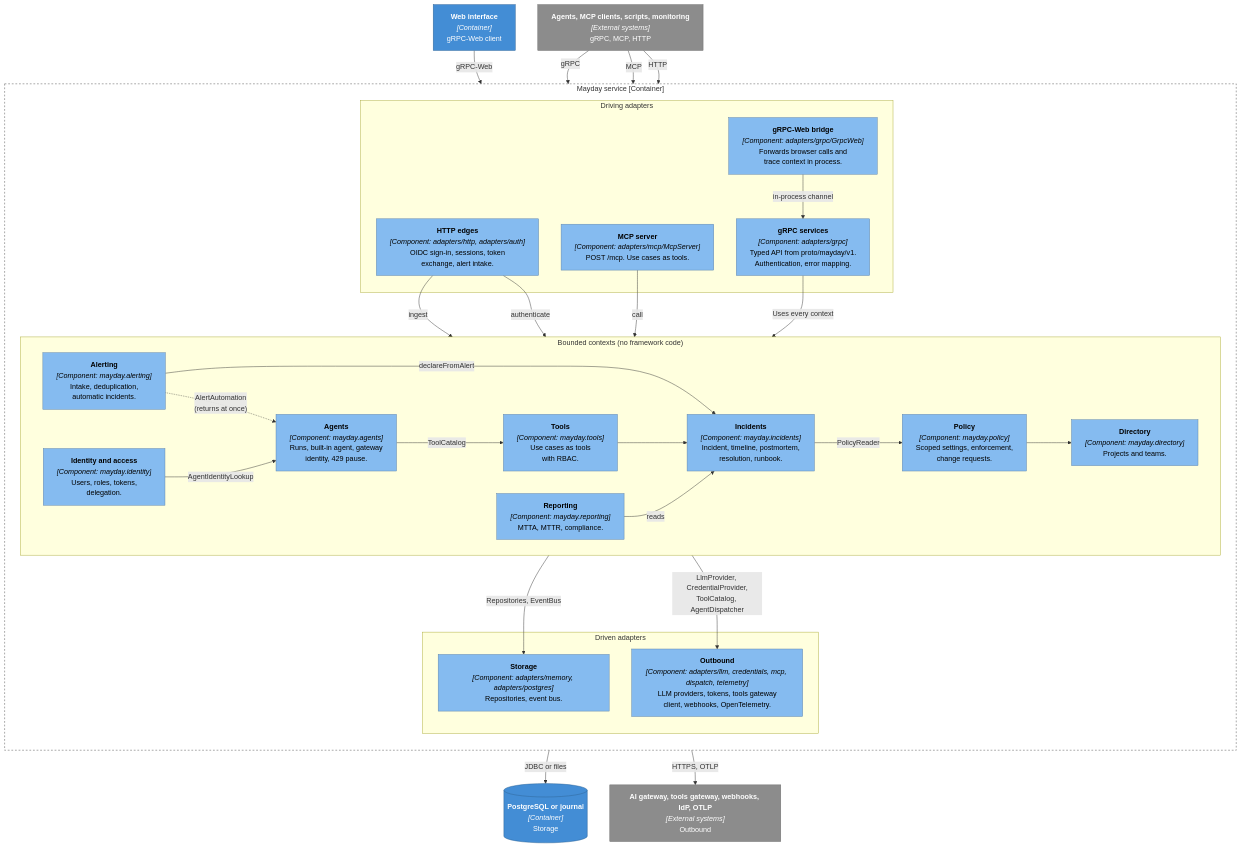
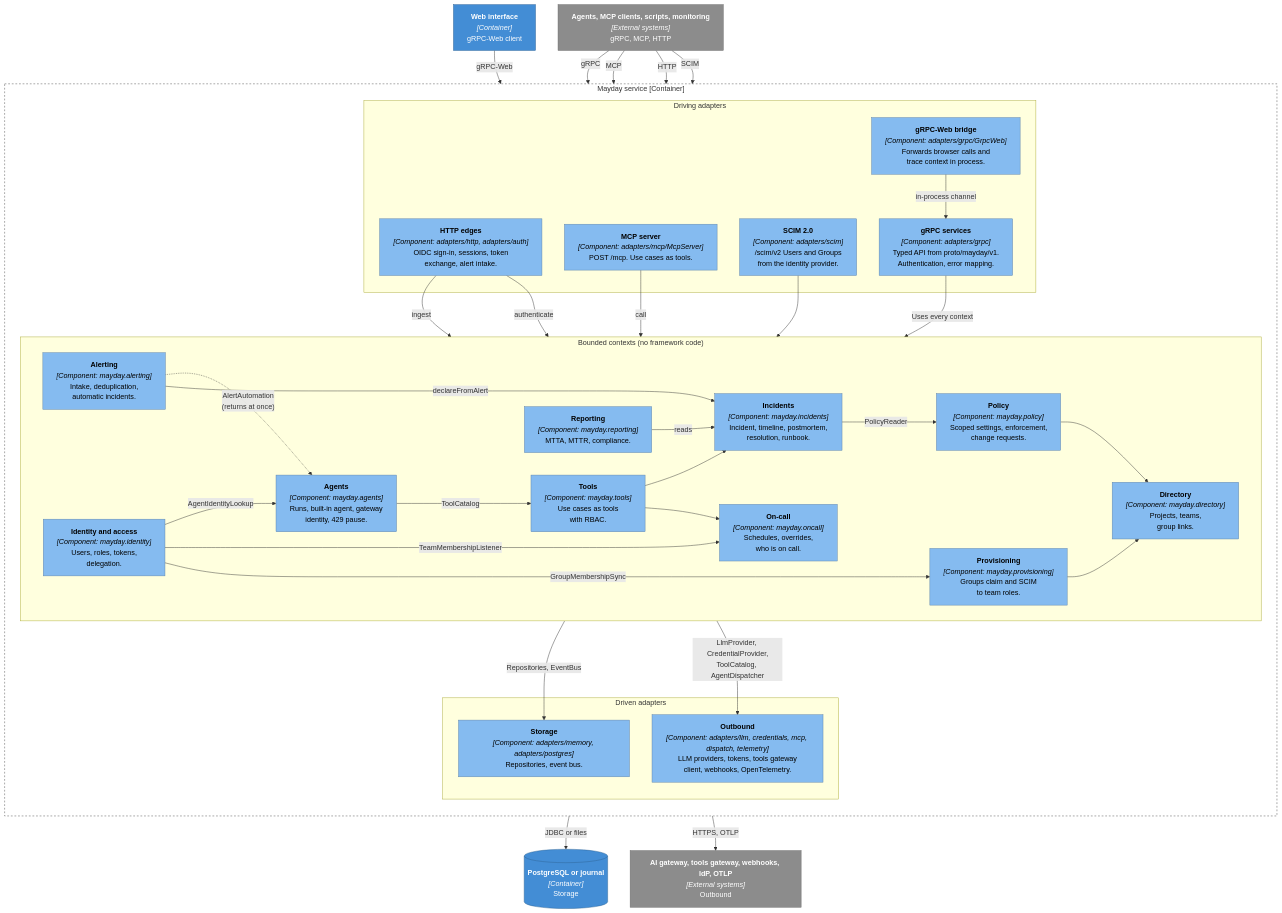
Before and after one commit to gigabrain-ideas/mayday: the third of 8 diagrams in docs/c4.md, drawn with Mermaid. The commit also changed 51 other files, not shown here.

````diff
--- a/docs/c4.md
+++ b/docs/c4.md
@@ -121,64 +121,73 @@
 ```mermaid
 %%{init: {"flowchart": {"wrappingWidth": 320}}}%%
 flowchart TB
   web["<b>Web interface</b><br/><i>[Container]</i><br/>gRPC-Web client"]
   clients["<b>Agents, MCP clients, scripts, monitoring</b><br/><i>[External systems]</i><br/>gRPC, MCP, HTTP"]
   subgraph svc["Mayday service [Container]"]
     direction TB
     subgraph driving["Driving adapters"]
       grpc["<b>gRPC services</b><br/><i>[Component: adapters/grpc]</i><br/>Typed API from proto/mayday/v1.<br/>Authentication, error mapping."]
       grpcweb["<b>gRPC-Web bridge</b><br/><i>[Component: adapters/grpc/GrpcWeb]</i><br/>Forwards browser calls and<br/>trace context in process."]
       edges["<b>HTTP edges</b><br/><i>[Component: adapters/http, adapters/auth]</i><br/>OIDC sign-in, sessions, token<br/>exchange, alert intake."]
       mcpserver["<b>MCP server</b><br/><i>[Component: adapters/mcp/McpServer]</i><br/>POST /mcp. Use cases as tools."]
+      scim["<b>SCIM 2.0</b><br/><i>[Component: adapters/scim]</i><br/>/scim/v2 Users and Groups<br/>from the identity provider."]
     end
     subgraph domain["Bounded contexts (no framework code)"]
       direction LR
       alerting["<b>Alerting</b><br/><i>[Component: mayday.alerting]</i><br/>Intake, deduplication,<br/>automatic incidents."]
       incidents["<b>Incidents</b><br/><i>[Component: mayday.incidents]</i><br/>Incident, timeline, postmortem,<br/>resolution, runbook."]
       agentsctx["<b>Agents</b><br/><i>[Component: mayday.agents]</i><br/>Runs, built-in agent, gateway<br/>identity, 429 pause."]
       tools["<b>Tools</b><br/><i>[Component: mayday.tools]</i><br/>Use cases as tools<br/>with RBAC."]
       policy["<b>Policy</b><br/><i>[Component: mayday.policy]</i><br/>Scoped settings, enforcement,<br/>change requests."]
       identity["<b>Identity and access</b><br/><i>[Component: mayday.identity]</i><br/>Users, roles, tokens,<br/>delegation."]
-      directory["<b>Directory</b><br/><i>[Component: mayday.directory]</i><br/>Projects and teams."]
+      directory["<b>Directory</b><br/><i>[Component: mayday.directory]</i><br/>Projects, teams,<br/>group links."]
+      oncall["<b>On-call</b><br/><i>[Component: mayday.oncall]</i><br/>Schedules, overrides,<br/>who is on call."]
+      provisioning["<b>Provisioning</b><br/><i>[Component: mayday.provisioning]</i><br/>Groups claim and SCIM<br/>to team roles."]
       reporting["<b>Reporting</b><br/><i>[Component: mayday.reporting]</i><br/>MTTA, MTTR, compliance."]
     end
     subgraph driven["Driven adapters"]
       storage["<b>Storage</b><br/><i>[Component: adapters/memory, adapters/postgres]</i><br/>Repositories, event bus."]
       outbound["<b>Outbound</b><br/><i>[Component: adapters/llm, credentials, mcp, dispatch, telemetry]</i><br/>LLM providers, tokens, tools gateway<br/>client, webhooks, OpenTelemetry."]
     end
   end
   store[("<b>PostgreSQL or journal</b><br/><i>[Container]</i><br/>Storage")]
   ext["<b>AI gateway, tools gateway, webhooks, IdP, OTLP</b><br/><i>[External systems]</i><br/>Outbound"]
   web -- "gRPC-Web" --> grpcweb
   clients -- "gRPC" --> grpc
   clients -- "MCP" --> mcpserver
   clients -- "HTTP" --> edges
   grpcweb -- "in-process channel" --> grpc
   grpc -- "Uses every context" --> domain
   edges -- "ingest" --> alerting
   edges -- "authenticate" --> identity
   mcpserver -- "call" --> tools
+  clients -- "SCIM" --> scim
+  scim --> provisioning
+  identity -- "GroupMembershipSync" --> provisioning
+  identity -- "TeamMembershipListener" --> oncall
+  provisioning --> directory
+  tools --> oncall
   alerting -- "declareFromAlert" --> incidents
   alerting -. "AlertAutomation<br/>(returns at once)" .-> agentsctx
   agentsctx -- "ToolCatalog" --> tools
   tools --> incidents
   incidents -- "PolicyReader" --> policy
   policy --> directory
   identity -- "AgentIdentityLookup" --> agentsctx
   reporting -- "reads" --> incidents
   domain -- "Repositories, EventBus" --> storage
   agentsctx -- "LlmProvider, CredentialProvider,<br/>ToolCatalog, AgentDispatcher" --> outbound
   storage -- "JDBC or files" --> store
   outbound -- "HTTPS, OTLP" --> ext
   classDef person fill:#08427b,stroke:#052e56,color:#fff
   classDef system fill:#1168bd,stroke:#0b4884,color:#fff
   classDef container fill:#438dd5,stroke:#2e6295,color:#fff
   classDef component fill:#85bbf0,stroke:#5d82a8,color:#000
   classDef ext fill:#8c8c8c,stroke:#6b6b6b,color:#fff
   classDef optional stroke-dasharray:6 4,stroke-width:2px
   classDef boundary fill:none,stroke:#444,stroke-dasharray:4 4
   class web,store container
   class clients,ext ext
-  class grpc,grpcweb,edges,mcpserver,alerting,incidents,agentsctx,tools,policy,identity,directory,reporting,storage,outbound component
+  class grpc,grpcweb,edges,mcpserver,scim,alerting,incidents,agentsctx,tools,policy,identity,directory,oncall,provisioning,reporting,storage,outbound component
   class svc boundary
 ```
````
